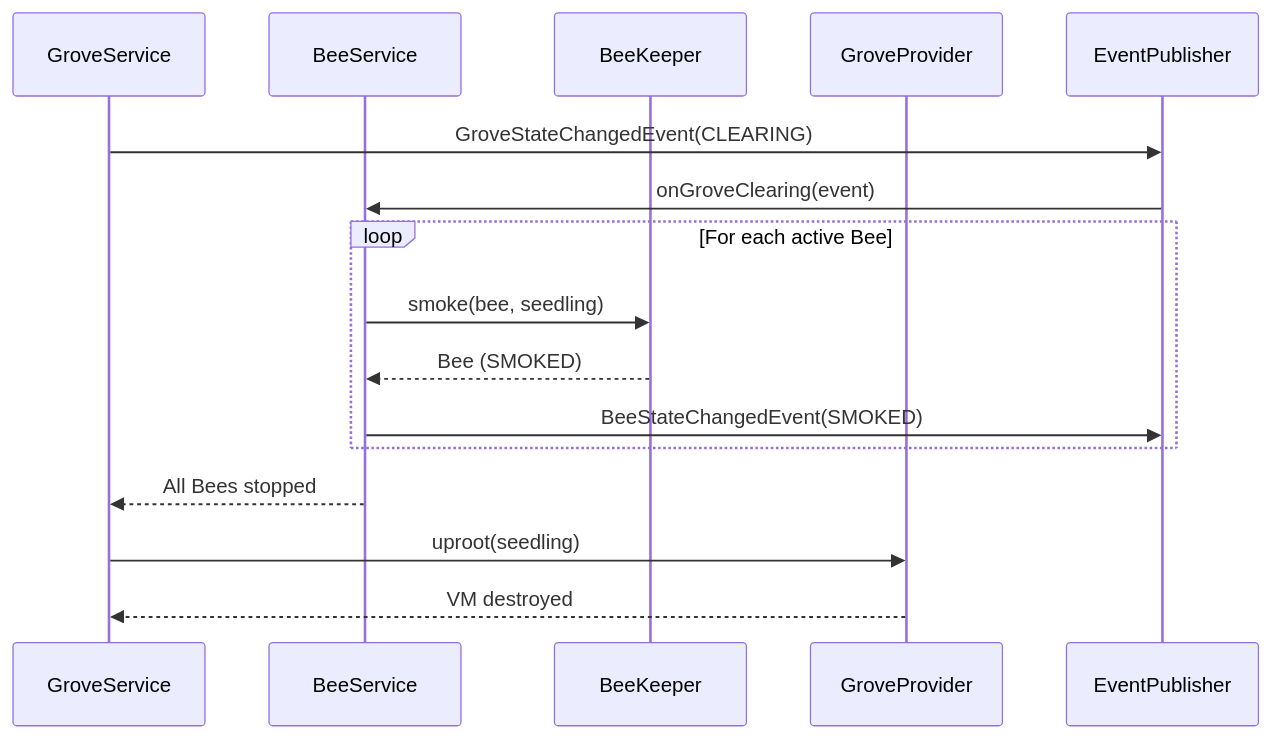
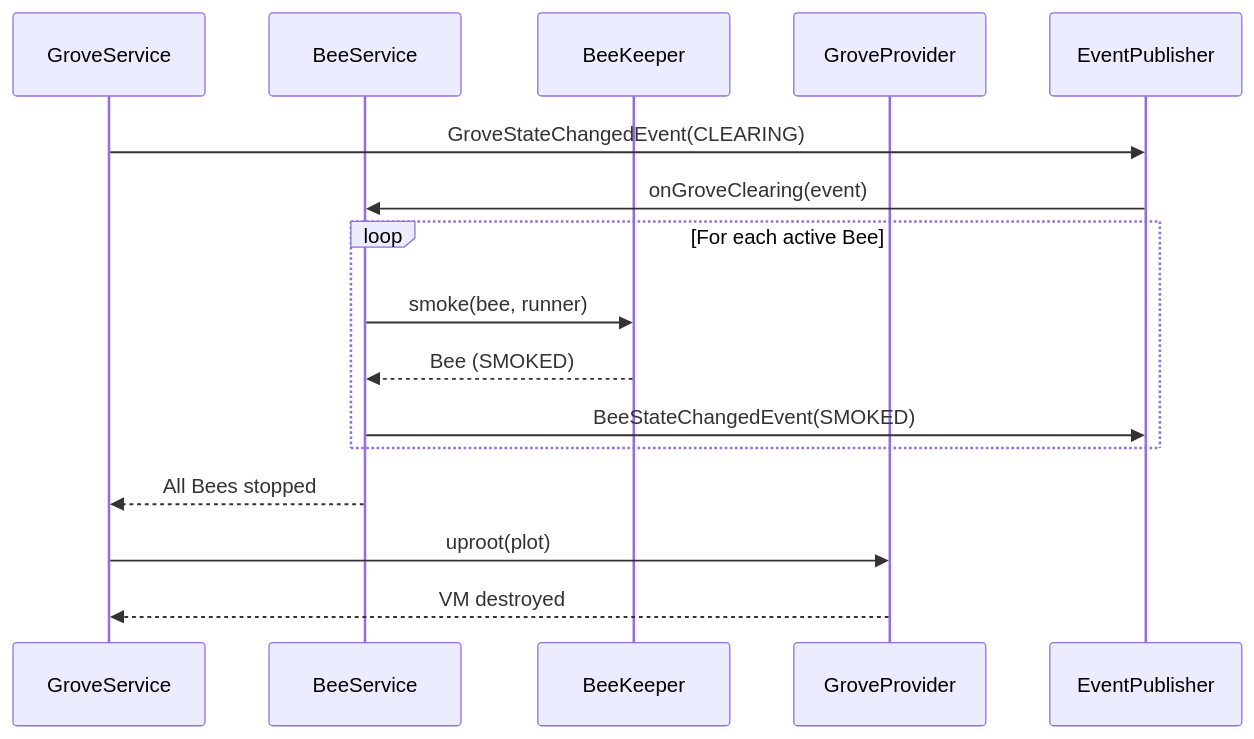
Before and after one commit to orchard-cde/orchard: the fifth of 6 diagrams in docs/architecture/bee-architecture.md, drawn with Mermaid. The commit also changed other lines of this file and 26 other files, not shown here.

First line of the commit message:
refactor: reconcile Plot / Seedling / Fruit naming

````diff
--- a/docs/architecture/bee-architecture.md
+++ b/docs/architecture/bee-architecture.md
@@ -396,22 +396,22 @@
 ```mermaid
 sequenceDiagram
     participant GS as GroveService
     participant BS as BeeService
     participant BK as BeeKeeper
     participant SP as GroveProvider
     participant EP as EventPublisher
 
     GS->>EP: GroveStateChangedEvent(CLEARING)
     EP->>BS: onGroveClearing(event)
 
     loop For each active Bee
-        BS->>BK: smoke(bee, seedling)
+        BS->>BK: smoke(bee, runner)
         BK-->>BS: Bee (SMOKED)
         BS->>EP: BeeStateChangedEvent(SMOKED)
     end
 
     BS-->>GS: All Bees stopped
 
-    GS->>SP: uproot(seedling)
+    GS->>SP: uproot(plot)
     SP-->>GS: VM destroyed
 ```
````
